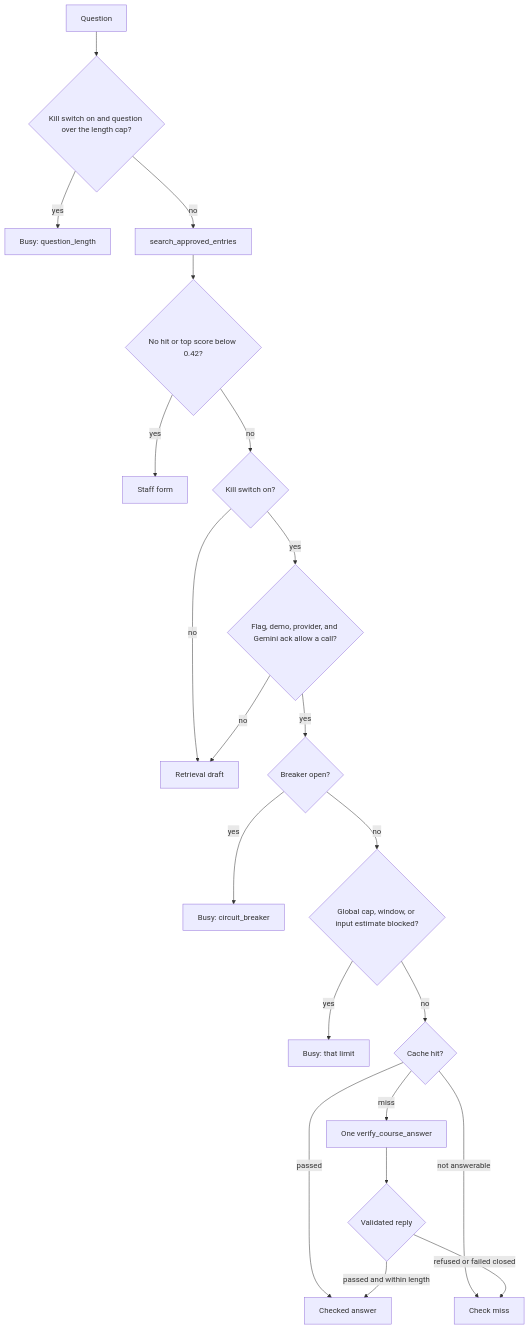
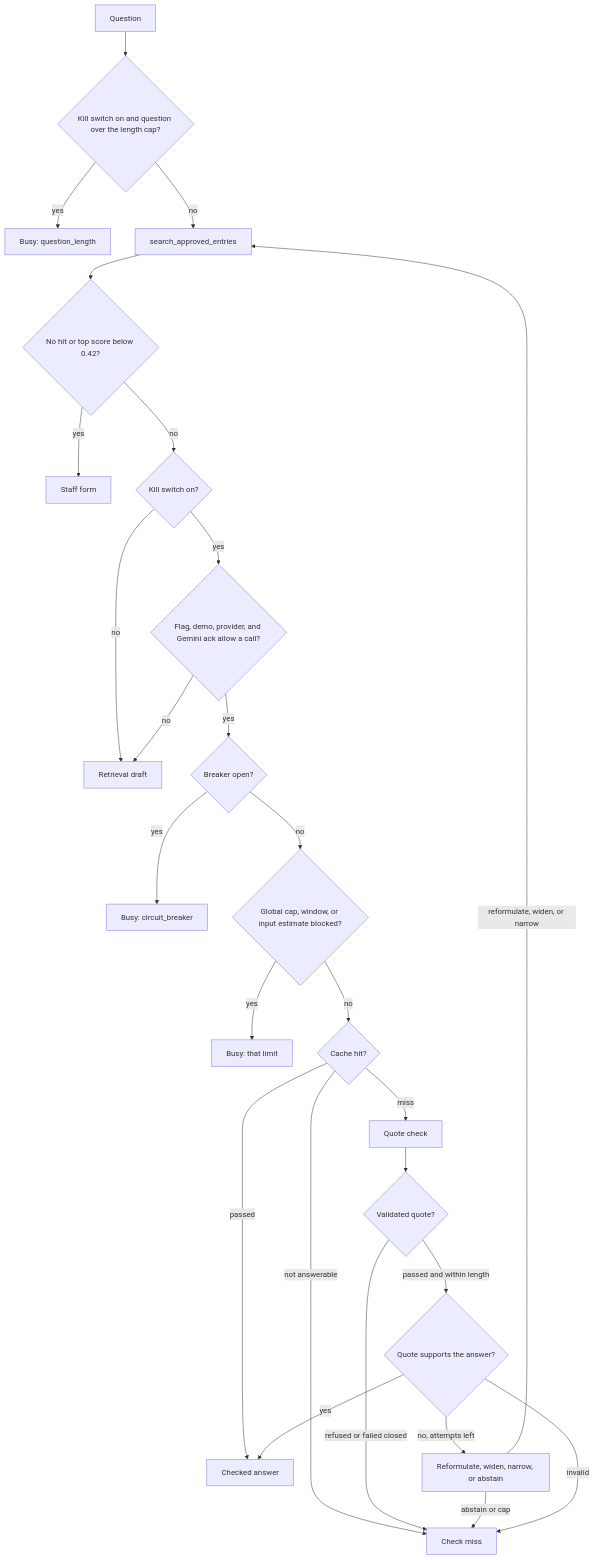
One commit to abssisophia9-hub/officehours-ai changed the diagram in docs/ORCHESTRATION.md. Above: the diagram before and after it, drawn with Mermaid. The commit also changed other lines of this file and 3 other files, not shown here.

First line of the commit message:
Count the entailment call in the orchestration demo.

````diff
--- a/docs/ORCHESTRATION.md
+++ b/docs/ORCHESTRATION.md
@@ -35,23 +39,28 @@
 ```mermaid
 flowchart TD
   startNode[Question] --> lengthCap{Kill switch on and question over the length cap?}
   lengthCap -->|yes| busyLength[Busy: question_length]
   lengthCap -->|no| searchNode[search_approved_entries]
   searchNode --> cutoff{No hit or top score below 0.42?}
   cutoff -->|yes| staffNode[Staff form]
   cutoff -->|no| killSwitch{Kill switch on?}
   killSwitch -->|no| retrievalNode[Retrieval draft]
   killSwitch -->|yes| guards{Flag, demo, provider, and Gemini ack allow a call?}
   guards -->|no| retrievalNode
   guards -->|yes| breaker{Breaker open?}
   breaker -->|yes| busyBreaker[Busy: circuit_breaker]
   breaker -->|no| budget{Global cap, window, or input estimate blocked?}
   budget -->|yes| busyQuota[Busy: that limit]
   budget -->|no| cacheNode{Cache hit?}
   cacheNode -->|passed| answerNode[Checked answer]
   cacheNode -->|not answerable| missNode[Check miss]
-  cacheNode -->|miss| oneCall[One verify_course_answer]
-  oneCall --> decision{Validated reply}
-  decision -->|passed and within length| answerNode
+  cacheNode -->|miss| oneCall[Quote check]
+  oneCall --> decision{Validated quote?}
   decision -->|refused or failed closed| missNode
+  decision -->|passed and within length| entailment{Quote supports the answer?}
+  entailment -->|yes| answerNode
+  entailment -->|no, attempts left| recovery[Reformulate, widen, narrow, or abstain]
+  recovery -->|abstain or cap| missNode
+  recovery -->|reformulate, widen, or narrow| searchNode
+  entailment -->|invalid| missNode
 ```
````
